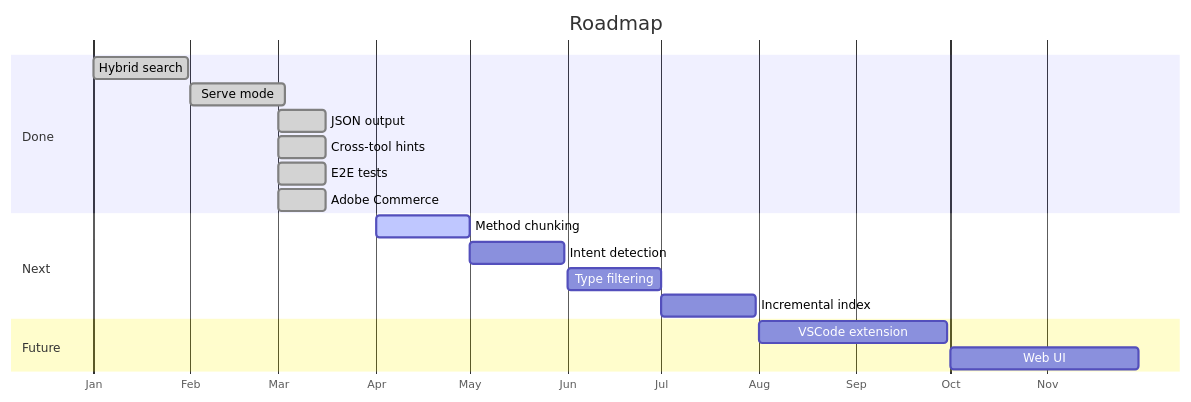
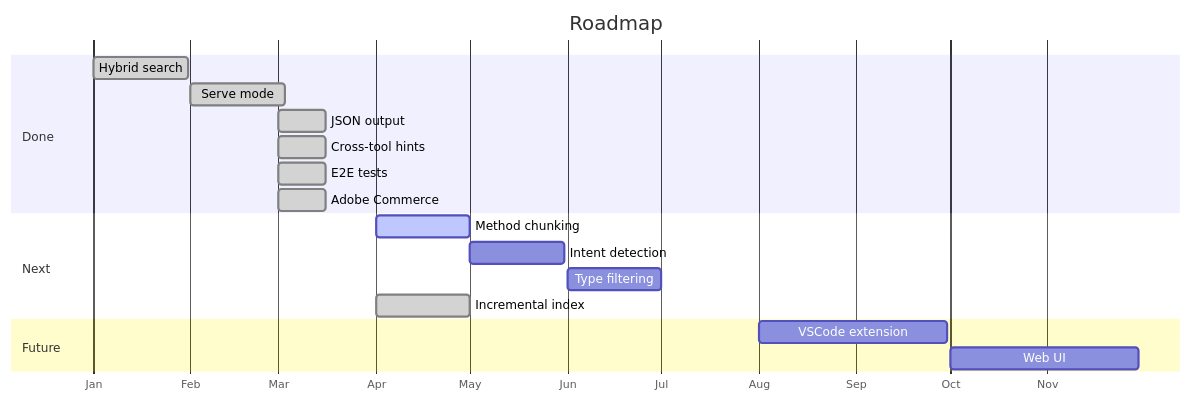
One commit to krejcif/magector changed diagram 11 of 11 in README.md. Above: the diagram before and after it, drawn with Mermaid. The commit also changed other lines of this file and 10 other files, not shown here.

````diff
--- a/README.md
+++ b/README.md
@@ -846,21 +883,21 @@
 ```mermaid
 gantt
   title Roadmap
   dateFormat YYYY-MM
   axisFormat %b
   section Done
     Hybrid search       :done, 2025-01, 30d
     Serve mode          :done, 2025-02, 30d
     JSON output         :done, 2025-03, 15d
     Cross-tool hints    :done, 2025-03, 15d
     E2E tests           :done, 2025-03, 15d
     Adobe Commerce      :done, 2025-03, 15d
   section Next
     Method chunking     :active, 2025-04, 30d
     Intent detection    :2025-05, 30d
     Type filtering      :2025-06, 30d
-    Incremental index   :2025-07, 30d
+    Incremental index   :done, 2025-04, 30d
   section Future
     VSCode extension    :2025-08, 60d
     Web UI              :2025-10, 60d
 ```
````
